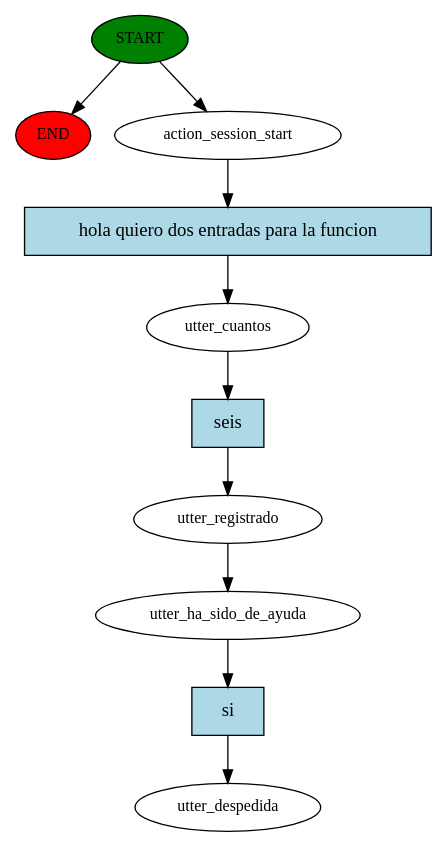
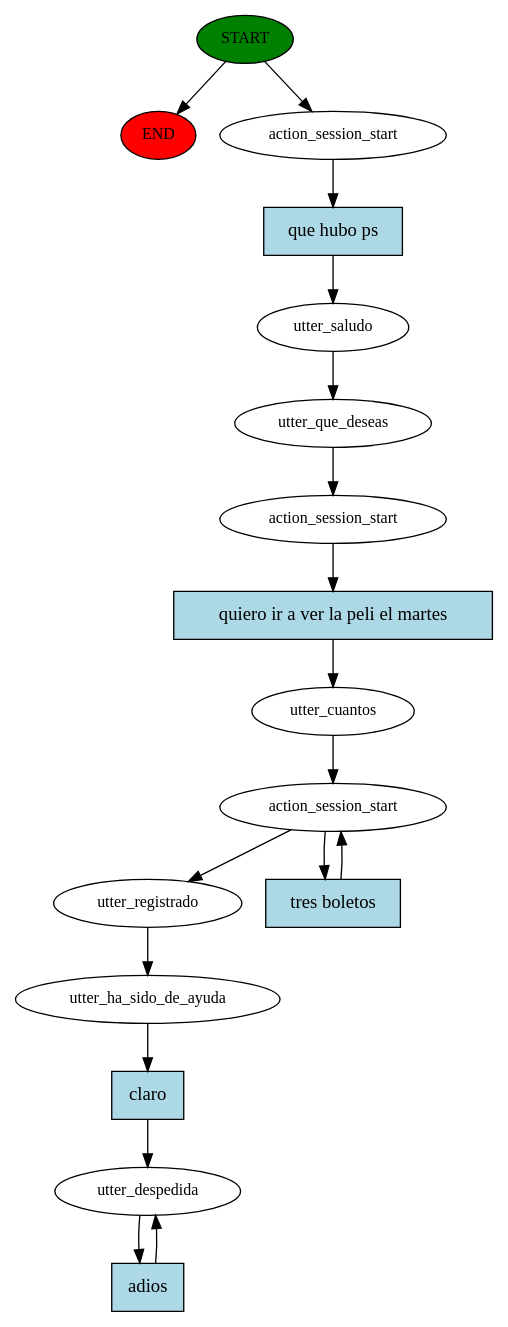
One commit to JFSA-1111/rasa-dsd-0 changed the diagram in story_graph.dot. Above: the diagram before and after it, drawn with Graphviz. The commit also changed 6 other files, not shown here.

```diff
--- a/story_graph.dot
+++ b/story_graph.dot
@@ -1,21 +1,35 @@
 digraph  {
 0 [class="start active", fillcolor=green, fontsize=12, label=START, style=filled];
 "-1" [class=end, fillcolor=red, fontsize=12, label=END, style=filled];
 1 [class=active, fontsize=12, label=action_session_start];
-2 [class=active, fontsize=12, label=utter_cuantos];
-3 [class=active, fontsize=12, label=utter_registrado];
-4 [class=active, fontsize=12, label=utter_ha_sido_de_ayuda];
-5 [class="dashed active", fontsize=12, label=utter_despedida];
-6 [class="intent active", fillcolor=lightblue, label="hola quiero dos entradas para la funcion", shape=rect, style=filled];
-7 [class="intent active", fillcolor=lightblue, label=seis, shape=rect, style=filled];
-8 [class="intent active", fillcolor=lightblue, label=si, shape=rect, style=filled];
+2 [class=active, fontsize=12, label=utter_saludo];
+3 [class=active, fontsize=12, label=utter_que_deseas];
+4 [class=active, fontsize=12, label=action_session_start];
+5 [class=active, fontsize=12, label=utter_cuantos];
+6 [class=active, fontsize=12, label=action_session_start];
+8 [class=active, fontsize=12, label=utter_registrado];
+9 [class=active, fontsize=12, label=utter_ha_sido_de_ayuda];
+10 [class="active dashed", fontsize=12, label=utter_despedida];
+12 [class="intent active", fillcolor=lightblue, label="que hubo ps", shape=rect, style=filled];
+13 [class="intent active", fillcolor=lightblue, label="quiero ir a ver la peli el martes", shape=rect, style=filled];
+14 [class="intent active", fillcolor=lightblue, label="tres boletos", shape=rect, style=filled];
+15 [class="intent active", fillcolor=lightblue, label=claro, shape=rect, style=filled];
+16 [class="intent active", fillcolor=lightblue, label=adios, shape=rect, style=filled];
 0 -> "-1"  [class="", key=NONE, label=""];
 0 -> 1  [class=active, key=NONE, label=""];
-1 -> 6  [class=active, key=0];
-2 -> 7  [class=active, key=0];
+1 -> 12  [class=active, key=0];
+2 -> 3  [class=active, key=NONE, label=""];
 3 -> 4  [class=active, key=NONE, label=""];
-4 -> 8  [class=active, key=0];
-6 -> 2  [class=active, key=0];
-7 -> 3  [class=active, key=0];
-8 -> 5  [class=active, key=0];
+4 -> 13  [class=active, key=0];
+5 -> 6  [class=active, key=NONE, label=""];
+6 -> 8  [class=active, key=NONE, label=""];
+6 -> 14  [class=active, key=0];
+8 -> 9  [class=active, key=NONE, label=""];
+9 -> 15  [class=active, key=0];
+10 -> 16  [class=active, key=0];
+12 -> 2  [class=active, key=0];
+13 -> 5  [class=active, key=0];
+14 -> 6  [class=active, key=0];
+15 -> 10  [class=active, key=0];
+16 -> 10  [class=active, key=0];
 }
```
